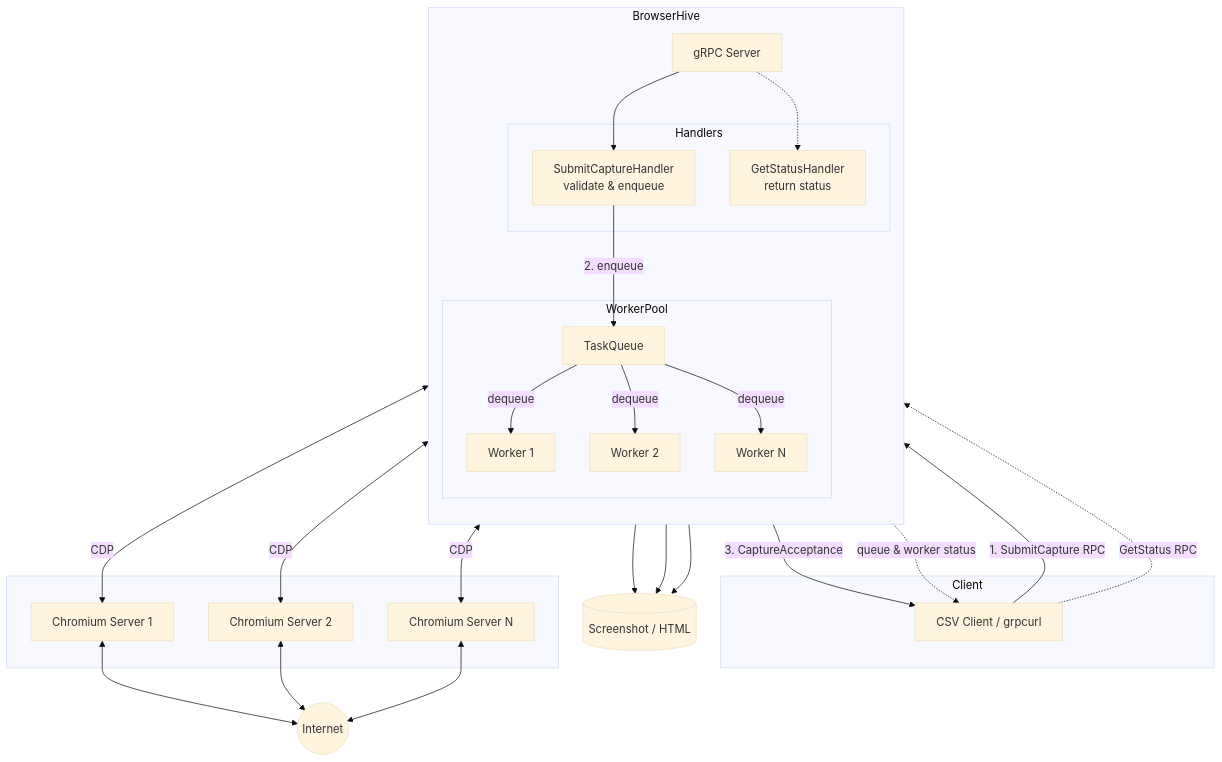
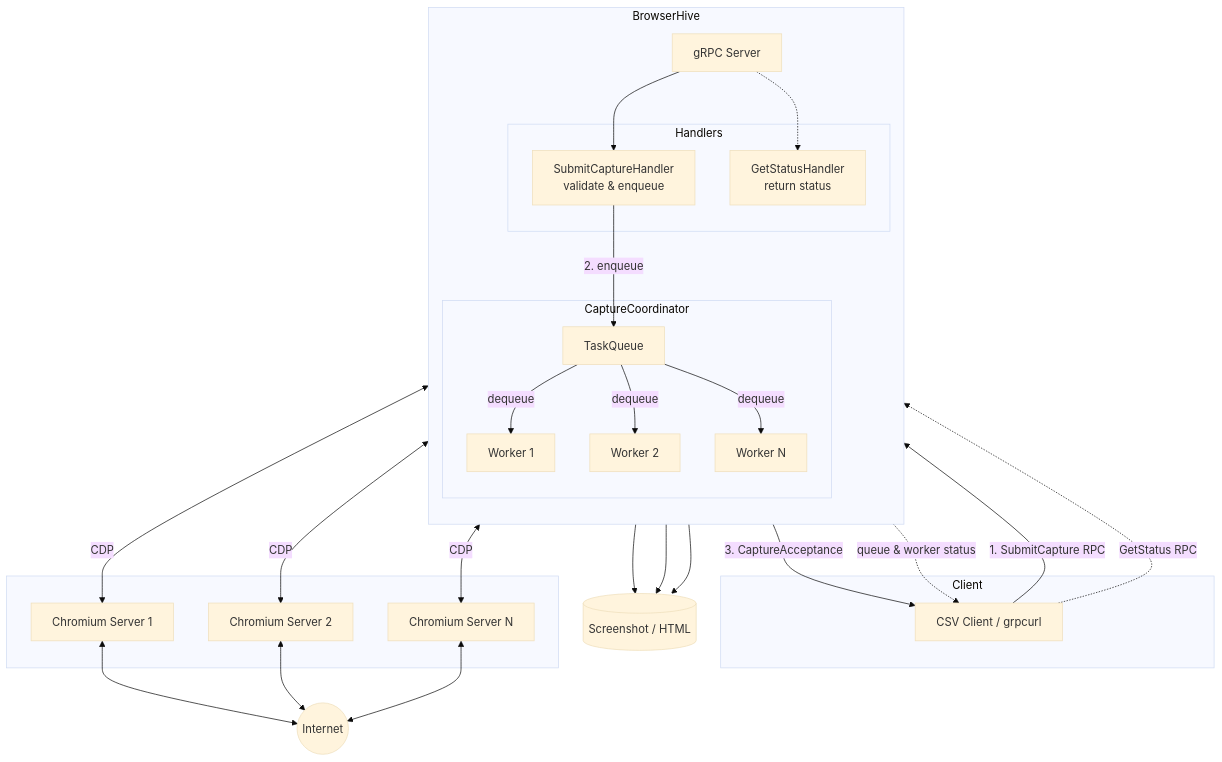
The diagram in README.md (uraitakahito/browserhive), drawn with Mermaid (base theme) before and after one commit. The commit also changed other lines of this file and 9 other files, not shown here.

First line of the commit message:
rename WorkerPool to CaptureCoordinator to reflect its broader responsibilities

````diff
--- a/README.md
+++ b/README.md
@@ -12,51 +12,51 @@
 ```mermaid
 flowchart TB
     subgraph Client
         CLI[CSV Client / grpcurl]
     end
 
     subgraph BrowserHive["BrowserHive"]
         direction TB
         Server[gRPC Server]
         subgraph Handlers["Handlers"]
             SubmitCaptureHandler[SubmitCaptureHandler<br/>validate & enqueue]
             GetStatusHandler[GetStatusHandler<br/>return status]
         end
-        subgraph WorkerPool
+        subgraph CaptureCoordinator
             Queue[TaskQueue]
             Worker1[Worker 1]
             Worker2[Worker 2]
             Worker3[Worker N]
         end
     end
 
     subgraph ChromiumServers[" "]
         Browser1[Chromium Server 1]
         Browser2[Chromium Server 2]
         Browser3[Chromium Server N]
     end
 
     Internet((Internet))
 
     Files[(Screenshot / HTML)]
 
     CLI -->|"1. SubmitCapture RPC"| Server
     Server --> SubmitCaptureHandler
     SubmitCaptureHandler -->|"2. enqueue"| Queue
     SubmitCaptureHandler -->|"3. CaptureAcceptance"| CLI
     CLI -.->|"GetStatus RPC"| Server
     Server -.-> GetStatusHandler
     GetStatusHandler -.->|"queue & worker status"| CLI
     Queue -->|dequeue| Worker1
     Queue -->|dequeue| Worker2
     Queue -->|dequeue| Worker3
     Worker1 <-->|CDP| Browser1
     Worker2 <-->|CDP| Browser2
     Worker3 <-->|CDP| Browser3
     Browser1 <--> Internet
     Browser2 <--> Internet
     Browser3 <--> Internet
     Worker1 --> Files
     Worker2 --> Files
     Worker3 --> Files
 ```
````
